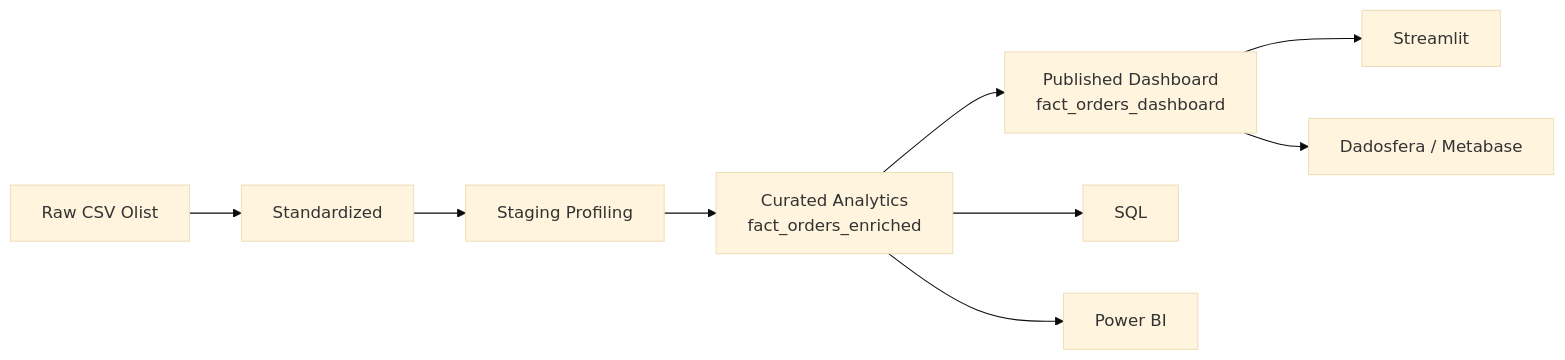
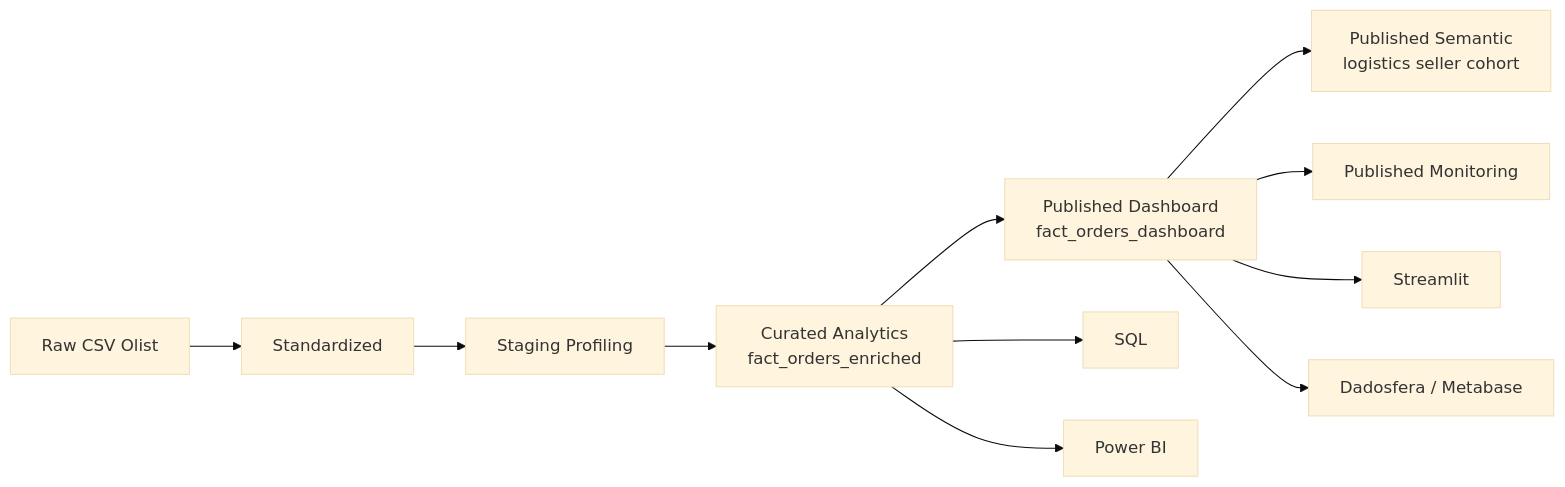
Before and after one commit to samuelmaia-analytics/Governed-Analytics-Platform: the diagram in README.md, drawn with Mermaid (base theme). The commit also changed other lines of this file and 2 other files, not shown here.

````diff
--- a/README.md
+++ b/README.md
@@ -92,11 +82,13 @@
 ```mermaid
 flowchart LR
     A[Raw CSV Olist] --> B[Standardized]
     B --> C[Staging Profiling]
     C --> D[Curated Analytics<br/>fact_orders_enriched]
     D --> E[Published Dashboard<br/>fact_orders_dashboard]
-    E --> F[Streamlit]
-    D --> G[SQL]
-    D --> H[Power BI]
-    E --> I[Dadosfera / Metabase]
+    E --> F[Published Semantic<br/>logistics seller cohort]
+    E --> G[Published Monitoring]
+    E --> H[Streamlit]
+    D --> I[SQL]
+    D --> J[Power BI]
+    E --> K[Dadosfera / Metabase]
 ```
````
